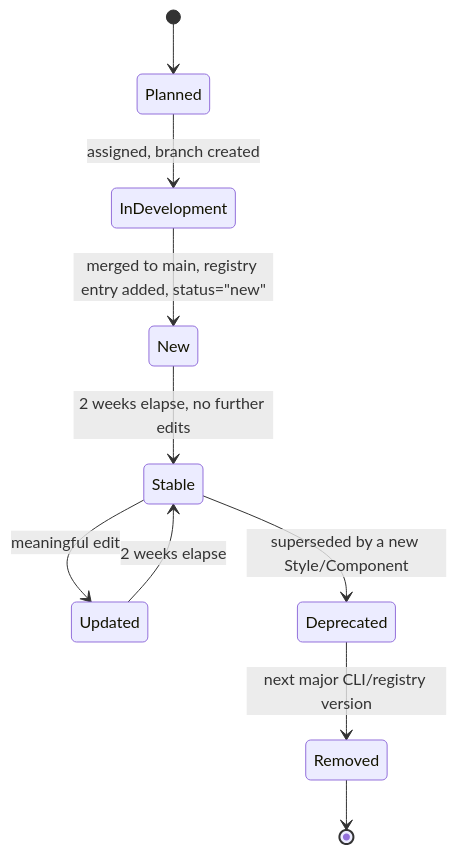
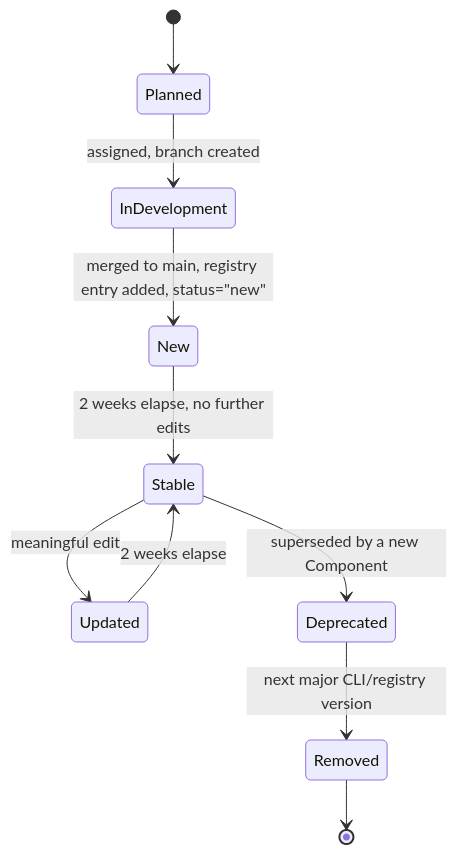
One commit to devigner-ui/devigner-ui changed the third of 7 diagrams in SSOT.md. Above: the diagram before and after it, drawn with Mermaid. The commit also changed other lines of this file and 37 other files, not shown here.

````diff
--- a/SSOT.md
+++ b/SSOT.md
@@ -354,12 +344,12 @@
 ```mermaid
 stateDiagram-v2
     [*] --> Planned
     Planned --> InDevelopment: assigned, branch created
     InDevelopment --> New: merged to main, registry entry added, status="new"
     New --> Stable: 2 weeks elapse, no further edits
     Stable --> Updated: meaningful edit
     Updated --> Stable: 2 weeks elapse
-    Stable --> Deprecated: superseded by a new Style/Component
+    Stable --> Deprecated: superseded by a new Component
     Deprecated --> Removed: next major CLI/registry version
     Removed --> [*]
 ```
````
